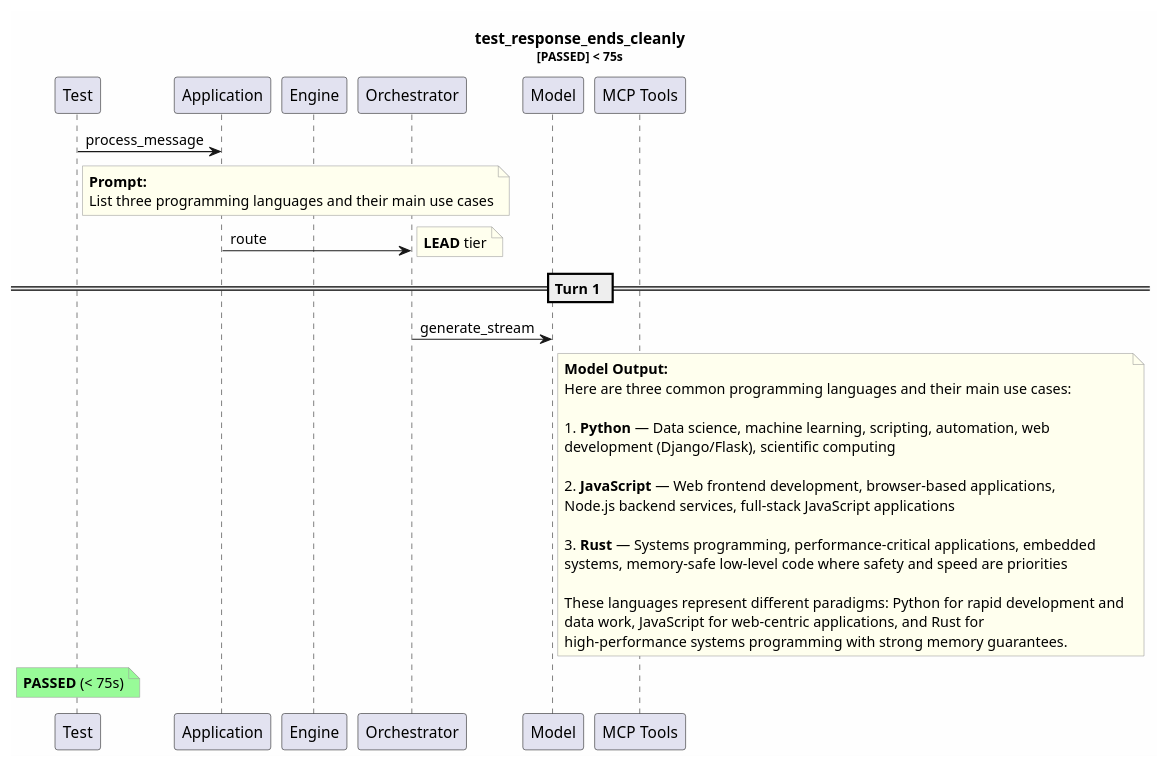
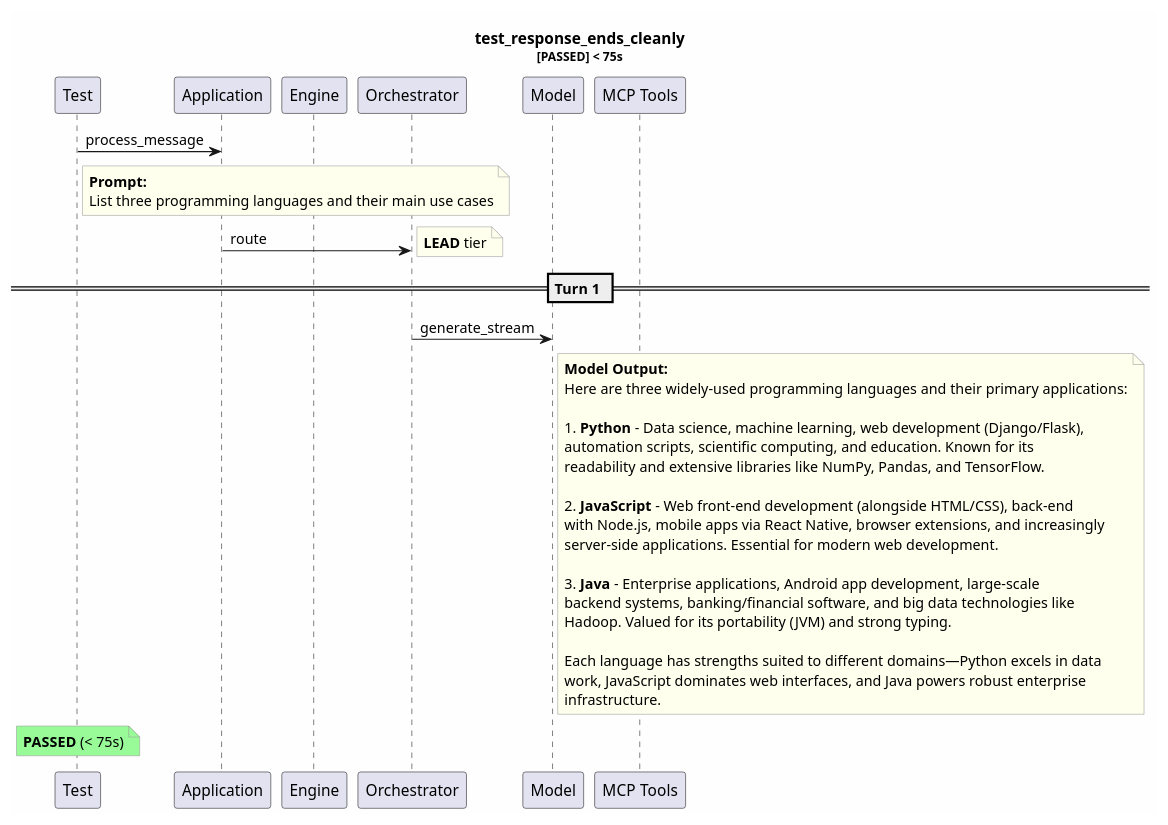
One commit to tvanfossen/entropic changed the diagram in test-reports/logs/test_response_ends_cleanly/test_response_ends_cleanly.puml. Above: the diagram before and after it, drawn with PlantUML. The commit also changed 38 other files, not shown here.

```diff
--- a/test-reports/logs/test_response_ends_cleanly/test_response_ends_cleanly.puml
+++ b/test-reports/logs/test_response_ends_cleanly/test_response_ends_cleanly.puml
@@ -1,44 +1,47 @@
 @startuml
 skinparam backgroundColor #FEFEFE
 skinparam noteBorderColor #999999
 skinparam noteBackgroundColor #FFFFEE
 title test_response_ends_cleanly\n<size:11>[PASSED] < 75s</size>
 
 participant "Test" as T
 participant "Application" as App
 participant "Engine" as Eng
 participant "Orchestrator" as Orch
 participant "Model" as Mdl
 participant "MCP Tools" as MCP
 
 T -> App: process_message
 note right of T
   **Prompt:**
   List three programming languages and their main use cases
 end note
 App -> Orch: route
 note right: **LEAD** tier
 == Turn 1 ==
 Orch -> Mdl: generate_stream
 note right of Mdl
   **Model Output:**
-  Here are three common programming languages and their main use cases:
+  Here are three widely-used programming languages and their primary applications:
   
-  1. **Python** — Data science, machine learning, scripting, automation, web 
-  development (Django/Flask), scientific computing
+  1. **Python** - Data science, machine learning, web development (Django/Flask), 
+  automation scripts, scientific computing, and education. Known for its 
+  readability and extensive libraries like NumPy, Pandas, and TensorFlow.
   
-  2. **JavaScript** — Web frontend development, browser-based applications, 
-  Node.js backend services, full-stack JavaScript applications
+  2. **JavaScript** - Web front-end development (alongside HTML/CSS), back-end 
+  with Node.js, mobile apps via React Native, browser extensions, and increasingly
+  server-side applications. Essential for modern web development.
   
-  3. **Rust** — Systems programming, performance-critical applications, embedded 
-  systems, memory-safe low-level code where safety and speed are priorities
+  3. **Java** - Enterprise applications, Android app development, large-scale 
+  backend systems, banking/financial software, and big data technologies like 
+  Hadoop. Valued for its portability (JVM) and strong typing.
   
-  These languages represent different paradigms: Python for rapid development and 
-  data work, JavaScript for web-centric applications, and Rust for 
-  high-performance systems programming with strong memory guarantees.
+  Each language has strengths suited to different domains—Python excels in data 
+  work, JavaScript dominates web interfaces, and Java powers robust enterprise 
+  infrastructure.
 end note
 note over T #palegreen
   **PASSED** (< 75s)
 end note
 
 @enduml
```
